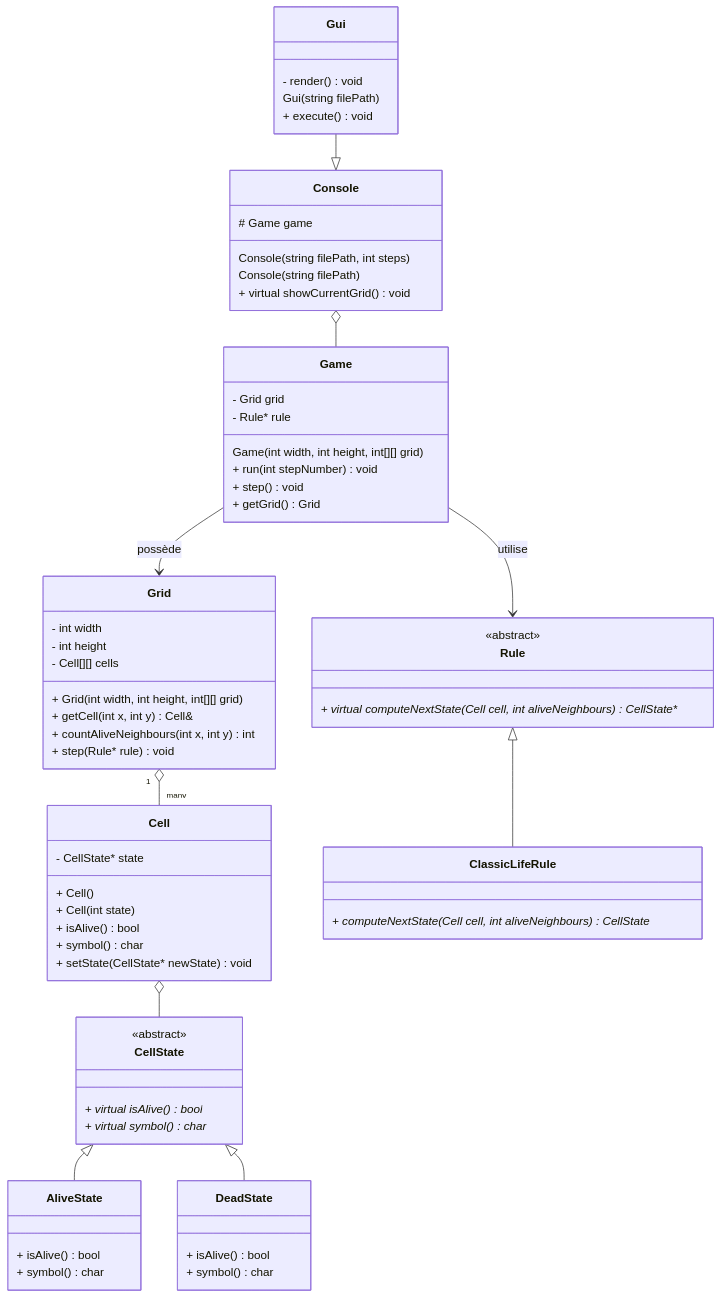
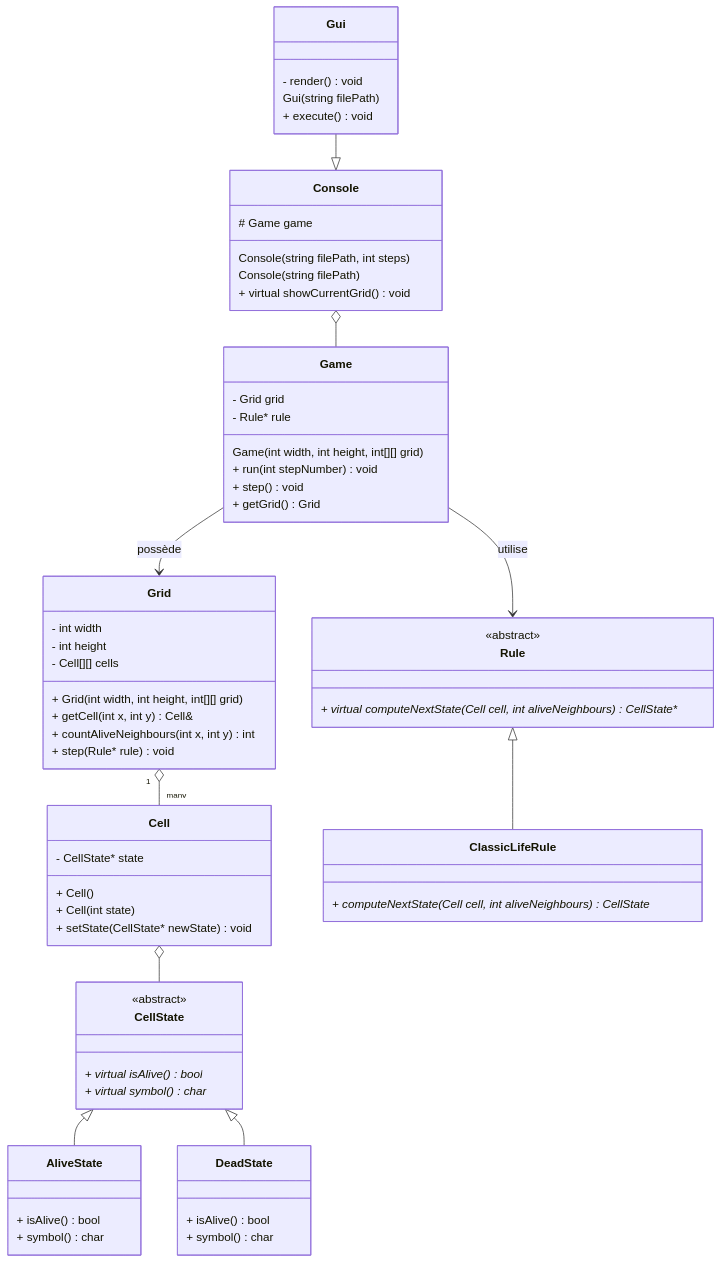
The diagram in diagrams/class_diagram.md (Vecta6/CESI-Projet-POO-25-26), drawn with Mermaid before and after one commit. The commit also changed 1 other file, not shown here.

Commit message:
Suppression dublon methodes dans Cell

```diff
--- a/diagrams/class_diagram.md
+++ b/diagrams/class_diagram.md
@@ -31,8 +31,6 @@
         + Cell()
         + Cell(int state)
 
-        + isAlive() bool
-        + symbol() char
         + setState(CellState* newState) void
     }
 
```
